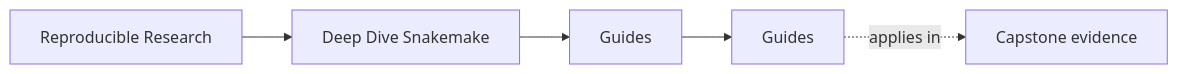
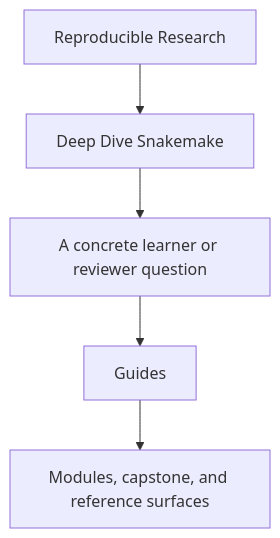
One commit to bijux/bijux-masterclass changed the first of 2 diagrams in programs/reproducible-research/deep-dive-snakemake/course-book/guides/index.md. Above: the diagram before and after it, drawn with Mermaid. The commit also changed other lines of this file and 2 other files, not shown here.

Commit message:
docs(deep-dive-snakemake): reframe course-book entry diagrams

````diff
--- a/programs/reproducible-research/deep-dive-snakemake/course-book/guides/index.md
+++ b/programs/reproducible-research/deep-dive-snakemake/course-book/guides/index.md
@@ -9,11 +9,7 @@
 ```mermaid
-graph LR
-  family["Reproducible Research"]
-  program["Deep Dive Snakemake"]
-  section["Guides"]
-  page["Guides"]
-  capstone["Capstone evidence"]
-
-  family --> program --> section --> page
-  page -.applies in.-> capstone
+flowchart TD
+  family["Reproducible Research"] --> program["Deep Dive Snakemake"]
+  program --> pressure["A concrete learner or reviewer question"]
+  pressure --> guide["Guides"]
+  guide --> next["Modules, capstone, and reference surfaces"]
 ```
````
